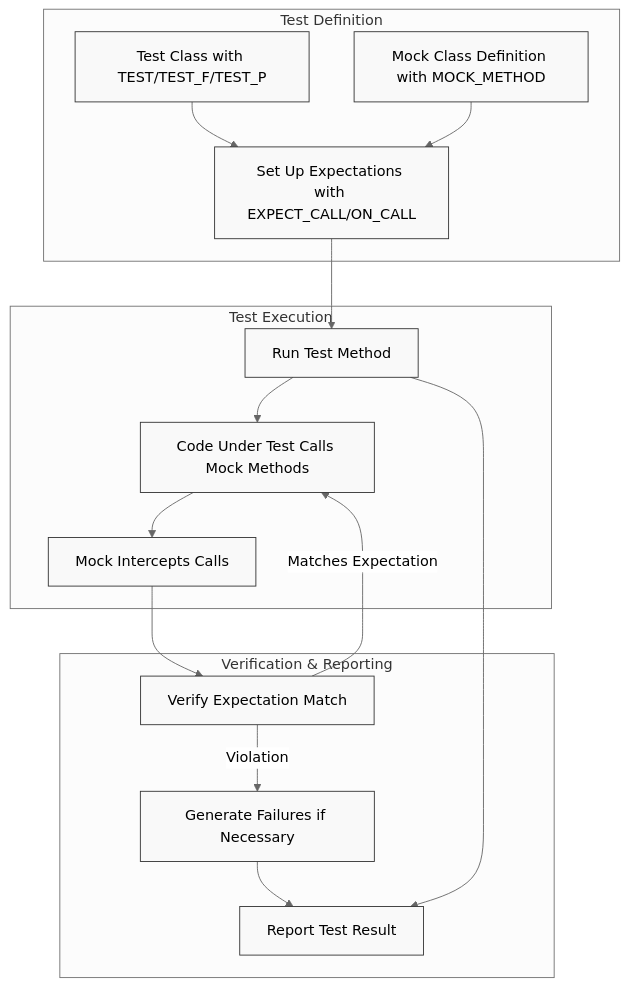
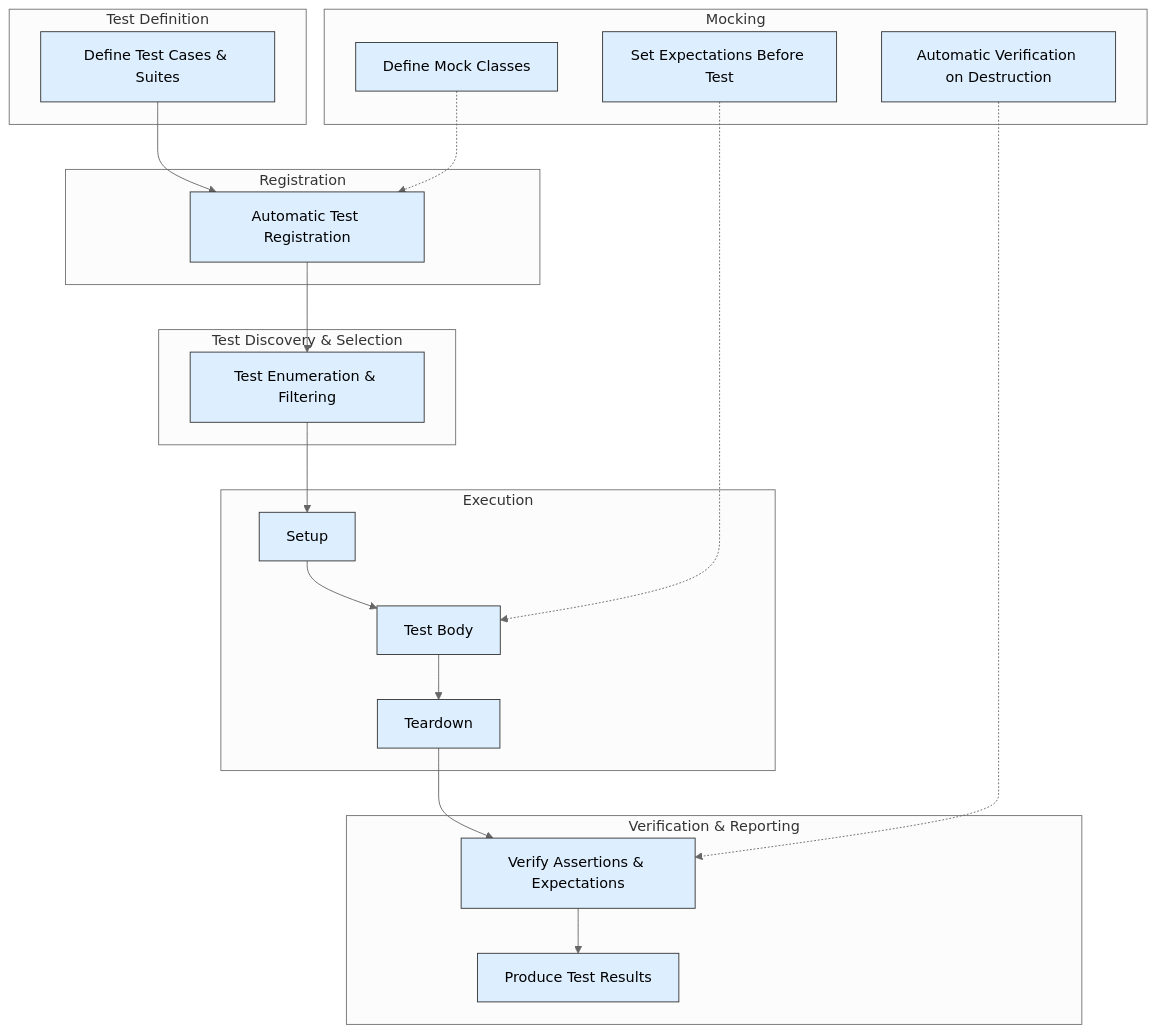
Before and after one commit to clidey/docucod-public-project-869ef7c3-7eff-4ad2-9765-2698303f14d7: the diagram in concepts/core-architecture/testing-architecture.mdx, drawn with Mermaid (neutral theme). The commit also changed other lines of this file and 55 other files, not shown here.

````diff
--- a/concepts/core-architecture/testing-architecture.mdx
+++ b/concepts/core-architecture/testing-architecture.mdx
@@ -82,40 +103,41 @@
 ```mermaid
 flowchart TD
-
   subgraph Test Definition
-    TD1[Test Class with TEST/TEST_F/TEST_P]
-    TD2[Mock Class Definition with MOCK_METHOD]
-    TD3[Set Up Expectations with EXPECT_CALL/ON_CALL]
+    A1[Define Test Cases & Suites]
   end
 
-  subgraph Test Execution
-    TE1[Run Test Method]
-    TE2[Code Under Test Calls Mock Methods]
-    TE3[Mock Intercepts Calls]
+  subgraph Registration
+    B1[Automatic Test Registration]
+  end
+
+  subgraph Test Discovery & Selection
+    C1[Test Enumeration & Filtering]
+  end
+
+  subgraph Execution
+    D1[Setup]
+    D2[Test Body]
+    D3[Teardown]
   end
 
   subgraph Verification & Reporting
-    VR1[Verify Expectation Match]
-    VR2[Generate Failures if Necessary]
-    VR3[Report Test Result]
+    E1[Verify Assertions & Expectations]
+    E2[Produce Test Results]
   end
 
-  TD1 --> TD3
-  TD2 --> TD3
-  TD3 --> TE1
+  A1 --> B1 --> C1 --> D1 --> D2 --> D3 --> E1 --> E2
 
-  TE1 --> TE2
-  TE2 --> TE3
+  subgraph Mocking
+    M1[Define Mock Classes]
+    M2[Set Expectations Before Test]
+    M3[Automatic Verification on Destruction]
+  end
 
-  TE3 --> VR1
-  VR1 -->|Matches Expectation| TE2
-  VR1 -->|Violation| VR2
-  VR2 --> VR3
+  M1 -.-> B1
+  M2 -.-> D2
+  M3 -.-> E1
 
-  TE1 --> VR3
-
-  classDef section fill:#f9f9f9,stroke:#333,stroke-width:1px;
-  class TD1,TD2,TD3 section;
-  class TE1,TE2,TE3 section;
-  class VR1,VR2,VR3 section;
-``` 
+  classDef proc fill:#def,stroke:#333,stroke-width:1px,color:#000;
+  class A1,B1,C1,D1,D2,D3,E1,E2 proc;
+  class M1,M2,M3 proc;
+```
````
